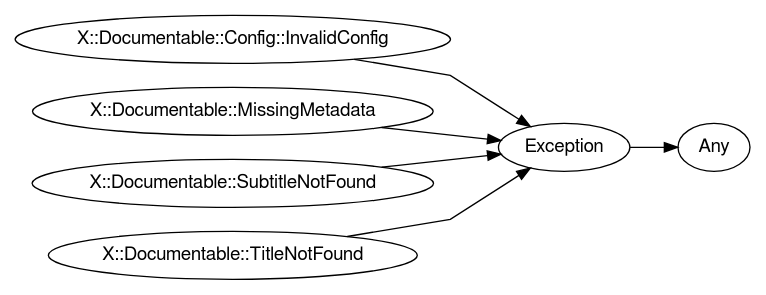
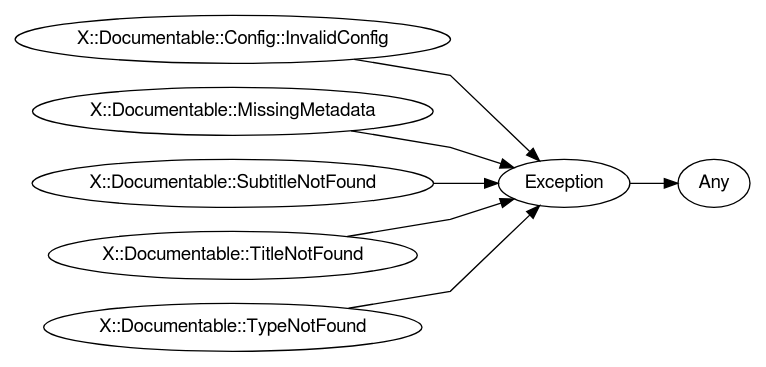
The diagram in images/type-graph-Exception.svg.dot (antoniogamiz/Perl6-Documentable), drawn with Graphviz before and after one commit. The commit also changed 133 other files, not shown here.

```diff
--- a/images/type-graph-Exception.svg.dot
+++ b/images/type-graph-Exception.svg.dot
@@ -1,21 +1,23 @@
 digraph "perl6-type-graph" {
     rankdir=LR;
     splines=polyline;
     overlap=false; 
     // Types
     "X::Documentable::Config::InvalidConfig" [color="#000000", fontcolor="#000000", href="/type/X::Documentable::Config::InvalidConfig", fontname="FreeSans"];
     "X::Documentable::MissingMetadata" [color="#000000", fontcolor="#000000", href="/type/X::Documentable::MissingMetadata", fontname="FreeSans"];
     "X::Documentable::SubtitleNotFound" [color="#000000", fontcolor="#000000", href="/type/X::Documentable::SubtitleNotFound", fontname="FreeSans"];
     "X::Documentable::TitleNotFound" [color="#000000", fontcolor="#000000", href="/type/X::Documentable::TitleNotFound", fontname="FreeSans"];
+    "X::Documentable::TypeNotFound" [color="#000000", fontcolor="#000000", href="/type/X::Documentable::TypeNotFound", fontname="FreeSans"];
     "Exception" [color="#000000", fontcolor="#000000", href="/type/Exception", fontname="FreeSans"];
     "Any" [color="#000000", fontcolor="#000000", href="/type/Any", fontname="FreeSans"];
 
     // Superclasses
     "X::Documentable::Config::InvalidConfig" -> "Exception" [color="#000000"];
     "X::Documentable::MissingMetadata" -> "Exception" [color="#000000"];
     "X::Documentable::SubtitleNotFound" -> "Exception" [color="#000000"];
     "X::Documentable::TitleNotFound" -> "Exception" [color="#000000"];
+    "X::Documentable::TypeNotFound" -> "Exception" [color="#000000"];
     "Exception" -> "Any" [color="#000000"];
 
     // Roles
 }
```
